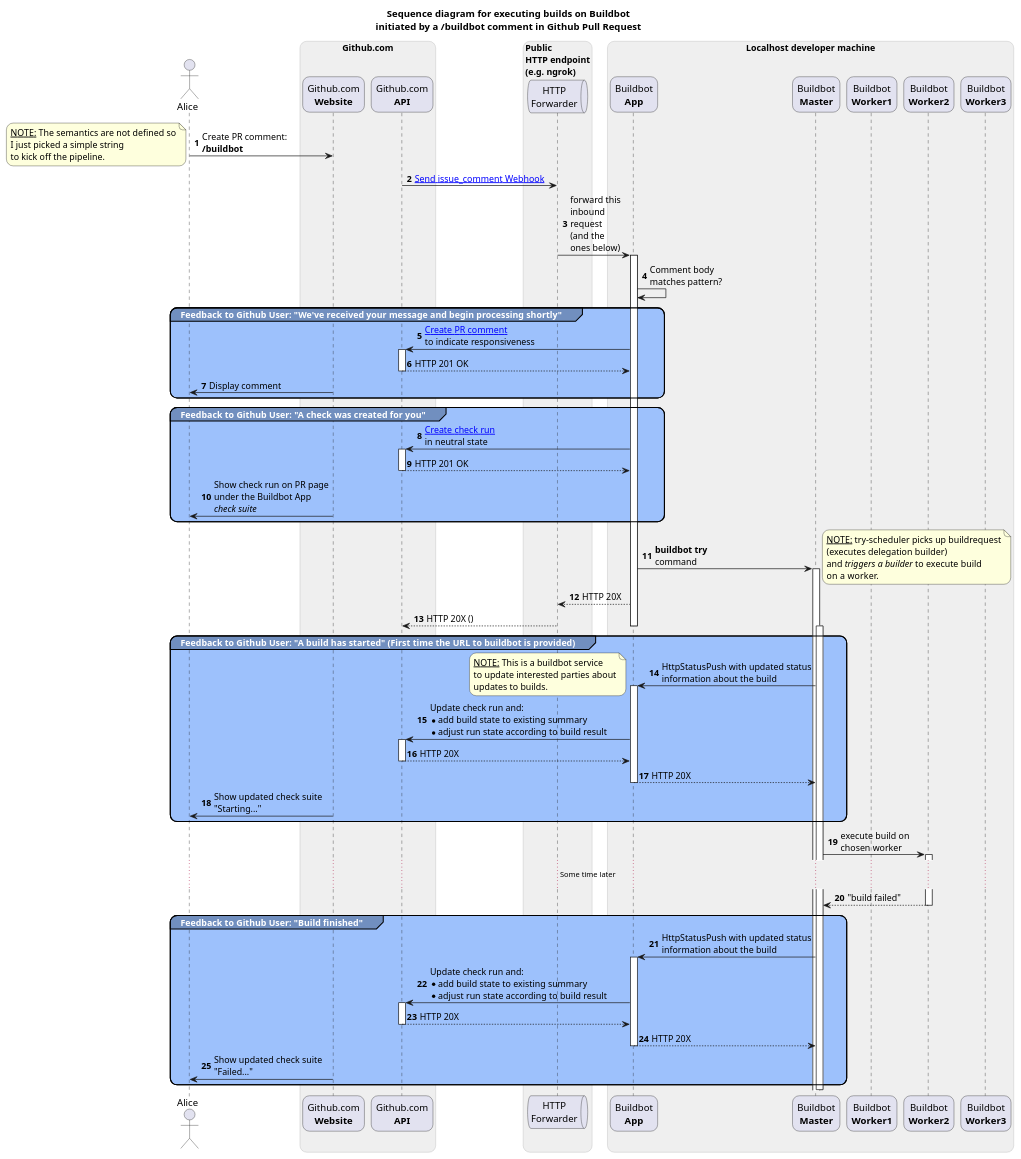
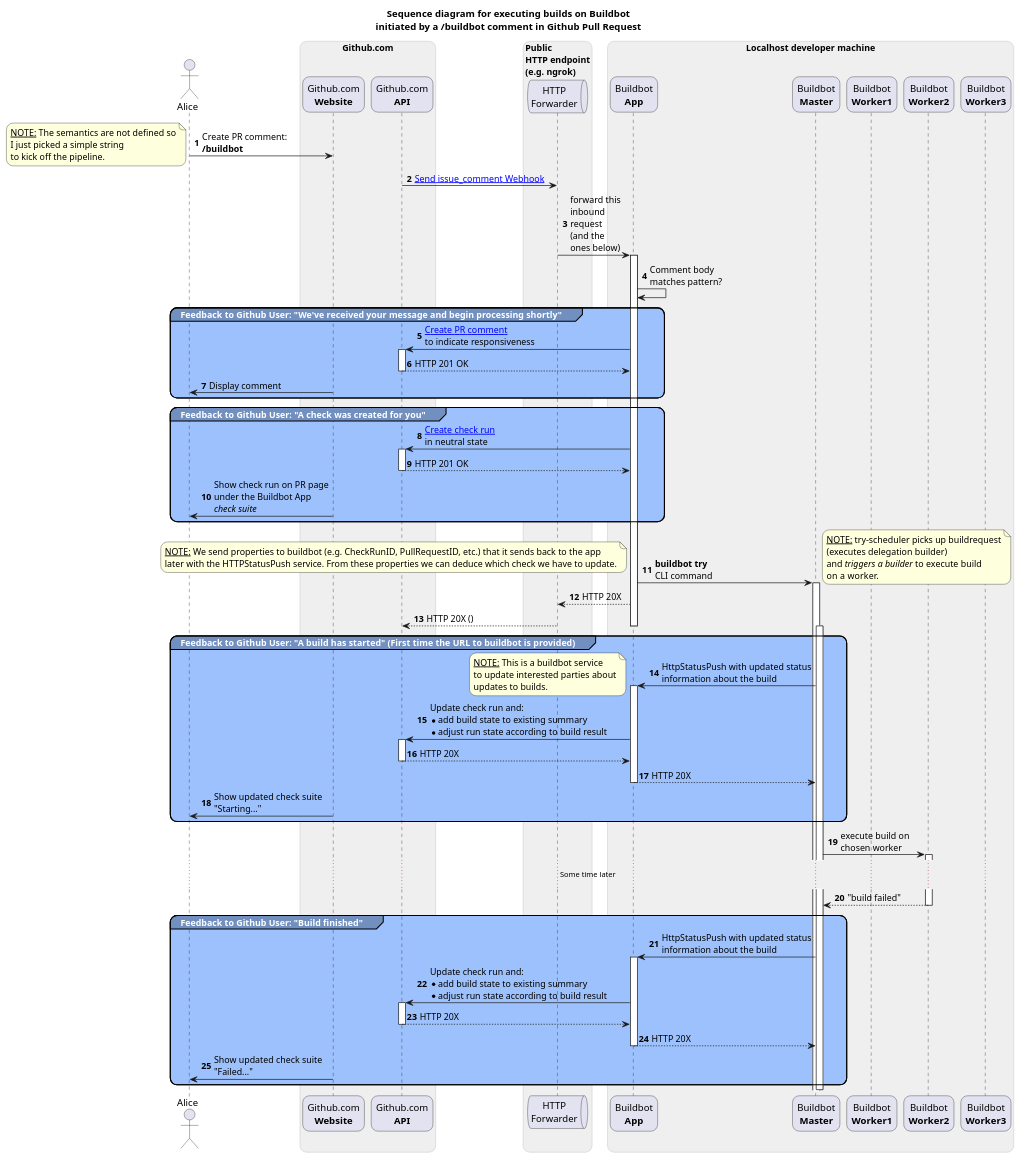
The diagram in docs/media/on-buildbot-comment.puml (kwk/buildbot-app), drawn with PlantUML before and after one commit. The commit also changed 2 other files, not shown here.

Commit message:
Update sequence diagram on-buildbot-comment.puml

```diff
--- a/docs/media/on-buildbot-comment.puml
+++ b/docs/media/on-buildbot-comment.puml
@@ -1,108 +1,109 @@
 @startuml on-buildbot-comment
 ' For on-the-fly rendering of the latest version of this diagram, please visit:
 ' http://www.plantuml.com/plantuml/proxy?idx=0&src=https://raw.githubusercontent.com/kwk/buildbot-app/main/docs/media/on-buildbot-comment.puml&fmt=svg
 '
 ' To generate a PNG diagram from this file follow these steps:
 ' $ wget -o plantuml.jar http://sourceforge.net/projects/plantuml/files/plantuml.jar/download
 ' $ java -jar plantuml.jar -verbose on-buildbot-comment.puml
 
 ' Give calls and returns a number for easier referencing
 autonumber
 
 title
     Sequence diagram for executing builds on Buildbot
     initiated by a /buildbot comment in Github Pull Request
 end title
 
 ' When you comment this out, you'll get the participants and actors repeated at
 ' the bottom which is nice for a big diagram
 ' skinparam style strictuml
 
 skinparam monochrome false
 skinparam SequenceBoxBackgroundColor #efefef
 skinparam SequenceBoxBorderColor #aeaeae
 skinparam roundcorner 20
 skinparam SequenceGroupBackgroundColor #718fbf
 skinparam SequenceGroupHeaderFontColor #ffffff
 skinparam SequenceGroupBodyBackgroundColor #9dc1fc
 
 actor "Alice" as alice
 
 box "Github.com"
     participant "Github.com\n<b>Website</b>" as gh
     participant "Github.com\n<b>API</b>" as ghapi
 end box
 
 box "Public\nHTTP endpoint\n(e.g. ngrok)"
     queue "HTTP\nForwarder" as forwarder
 end box
 
 box "Localhost developer machine"
     participant "Buildbot\n<b>App</b>" as app
     participant "Buildbot\n<b>Master</b>" as master
     participant "Buildbot\n<b>Worker1</b>" as worker1
     participant "Buildbot\n<b>Worker2</b>" as worker2
     participant "Buildbot\n<b>Worker3</b>" as worker3
 end box
 
 ' app -> forwarder : Register to receive events\n(only needed during\ndevelopment stage)
 alice -> gh : Create PR comment:\n<b>/buildbot</b>
 note left : <u>NOTE:</u> The semantics are not defined so\nI just picked a simple string\nto kick off the pipeline.
 ghapi -> forwarder : [[https://docs.github.com/en/webhooks-and-events/webhooks/webhook-events-and-payloads#issue_comment Send issue_comment Webhook]]
 forwarder -> app : forward this\ninbound\nrequest\n(and the\nones below)
 activate app
         app -> app : Comment body\nmatches pattern?
         
         group Feedback to Github User: "We've received your message and begin processing shortly"
             app -> ghapi : [[https://docs.github.com/en/rest/issues/comments#create-an-issue-comment Create PR comment]]\nto indicate responsiveness
             activate ghapi
                 return HTTP 201 OK
             gh -> alice : Display comment
         end
 
         group Feedback to Github User: "A check was created for you"
             app -> ghapi : [[https://docs.github.com/en/rest/checks/runs#create-a-check-run Create check run]]\nin neutral state
             activate ghapi
                 return HTTP 201 OK
             gh -> alice : Show check run on PR page\nunder the Buildbot App\n<i>check suite</i>
         end
 
-        app -> master : <b>buildbot try</b>\ncommand
+        app -> master : <b>buildbot try</b>\nCLI command
+        note left : <u>NOTE:</u> We send properties to buildbot (e.g. CheckRunID, PullRequestID, etc.) that it sends back to the app\nlater with the HTTPStatusPush service. From these properties we can deduce which check we have to update.
         activate master
             note right : <u>NOTE:</u> try-scheduler picks up buildrequest\n(executes delegation builder)\nand <i>triggers a builder</i> to execute build\non a worker. 
         app --> forwarder : HTTP 20X
     forwarder --> ghapi : HTTP 20X ()
 deactivate app
         
 activate master
     
     group Feedback to Github User: "A build has started" (First time the URL to buildbot is provided)
         master -> app : HttpStatusPush with updated status\ninformation about the build
         note left : <u>NOTE:</u> This is a buildbot service\nto update interested parties about\nupdates to builds.
         activate app
             app -> ghapi : Update check run and:\n* add build state to existing summary\n*adjust run state according to build result
             activate ghapi
                 return HTTP 20X
             return HTTP 20X
         gh -> alice : Show updated check suite\n"Starting..."
     end
     
     master -> worker2 : execute build on\nchosen worker
 
     activate worker2
         ...Some time later...
         return "build failed"
     
     group Feedback to Github User: "Build finished"
         master -> app : HttpStatusPush with updated status\ninformation about the build
         activate app
             app -> ghapi : Update check run and:\n* add build state to existing summary\n*adjust run state according to build result
             activate ghapi
                 return HTTP 20X
             return HTTP 20X
         gh -> alice : Show updated check suite\n"Failed..."
     end
     
     deactivate master
 
 @enduml:
```
